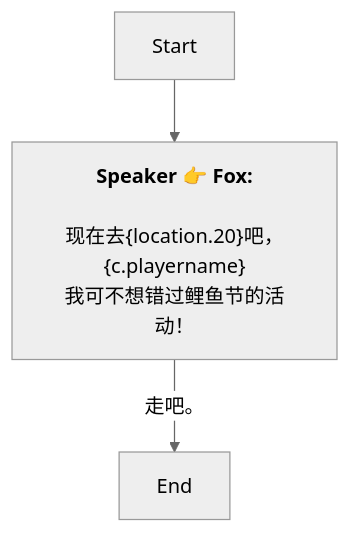
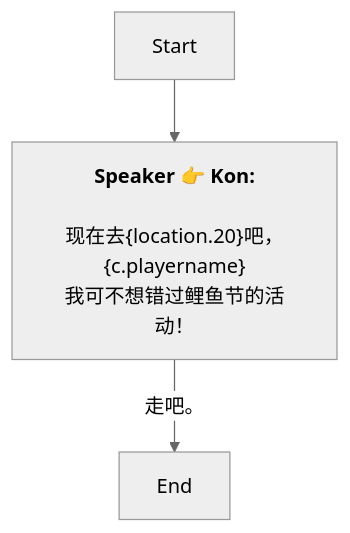
One commit to SoftHu/tos_avg changed the diagram in Zh/QuestStartTalkENode_1751268604084548.md. Above: the diagram before and after it, drawn with Mermaid (neutral theme). The commit also changed 730 other files, not shown here.

````diff
--- a/Zh/QuestStartTalkENode_1751268604084548.md
+++ b/Zh/QuestStartTalkENode_1751268604084548.md
@@ -1,8 +1,8 @@
 ```mermaid
 graph
-Start -->1751269141410120[<b>Speaker 👉 Fox:</b>
+Start -->1751269141410120[<b>Speaker 👉 Kon:</b>
 \n现在去&lbrace;location.20&rbrace;吧，&lbrace;c.playername&rbrace;
 我可不想错过鲤鱼节的活动！]
 1751269141410120 -->|走吧。|1751269208186190[End]
 
 ```
````
